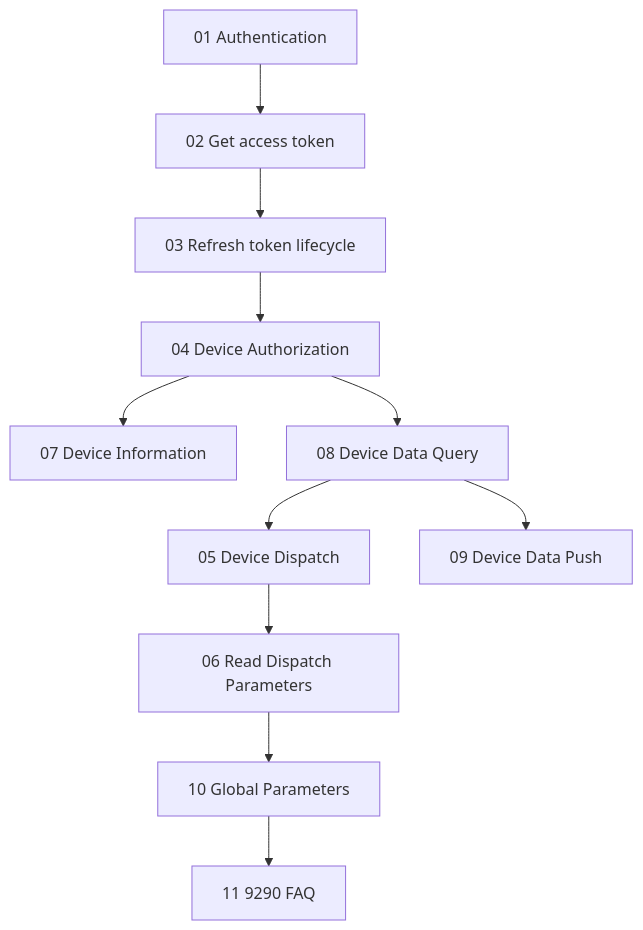
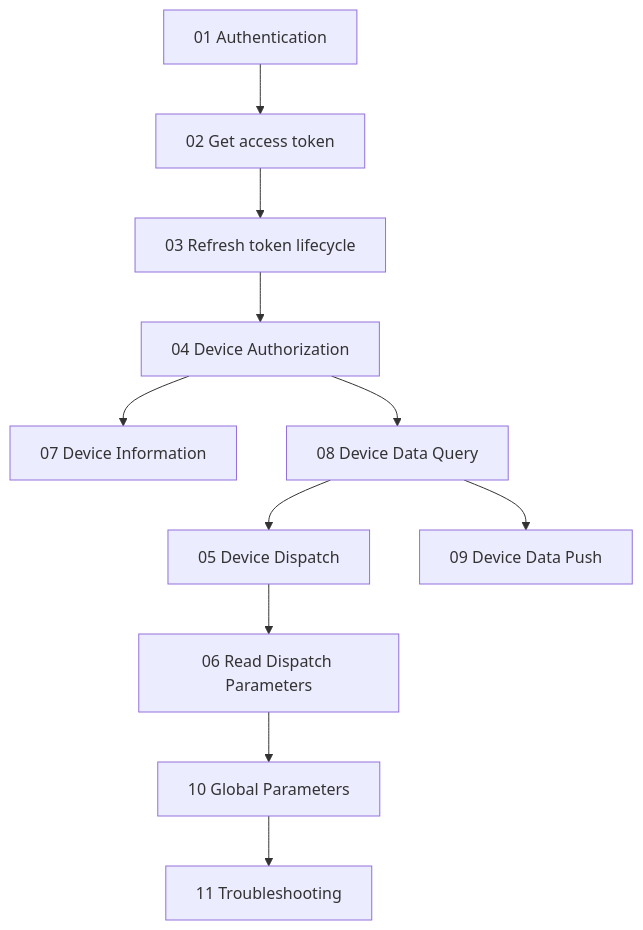
Before and after one commit to EugeneJian/growatt-unified-api: the diagram in Growatt API/OPENAPI/README.md, drawn with Mermaid. The commit also changed other lines of this file and 27 other files, not shown here.

````diff
--- a/Growatt API/OPENAPI/README.md
+++ b/Growatt API/OPENAPI/README.md
@@ -9,14 +9,14 @@
 ```mermaid
 %% 本代码严格遵循AI生成Mermaid代码的终极准则v4.1（Mermaid终极大师）
 flowchart TD
     A["01 Authentication"] --> B["02 Get access token"]
     B --> C["03 Refresh token lifecycle"]
     C --> D["04 Device Authorization"]
     D --> E["07 Device Information"]
     D --> F["08 Device Data Query"]
     F --> G["05 Device Dispatch"]
     G --> H["06 Read Dispatch Parameters"]
     F --> I["09 Device Data Push"]
     H --> J["10 Global Parameters"]
-    J --> K["11 9290 FAQ"]
+    J --> K["11 Troubleshooting"]
 ```
````
